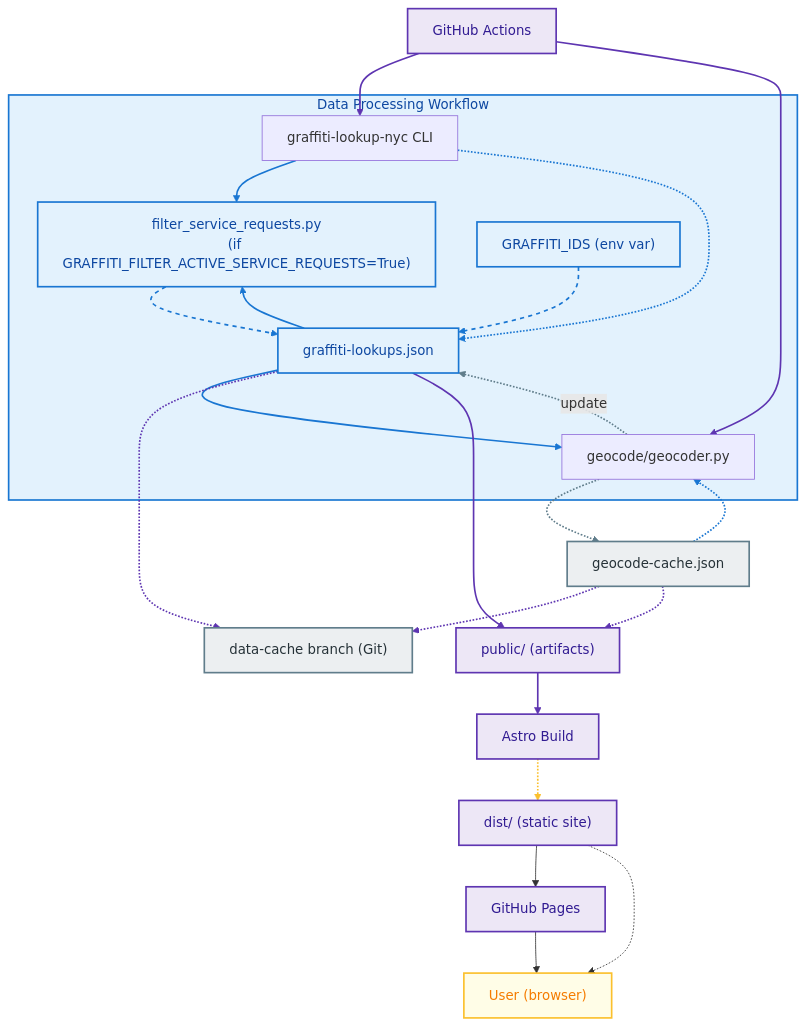
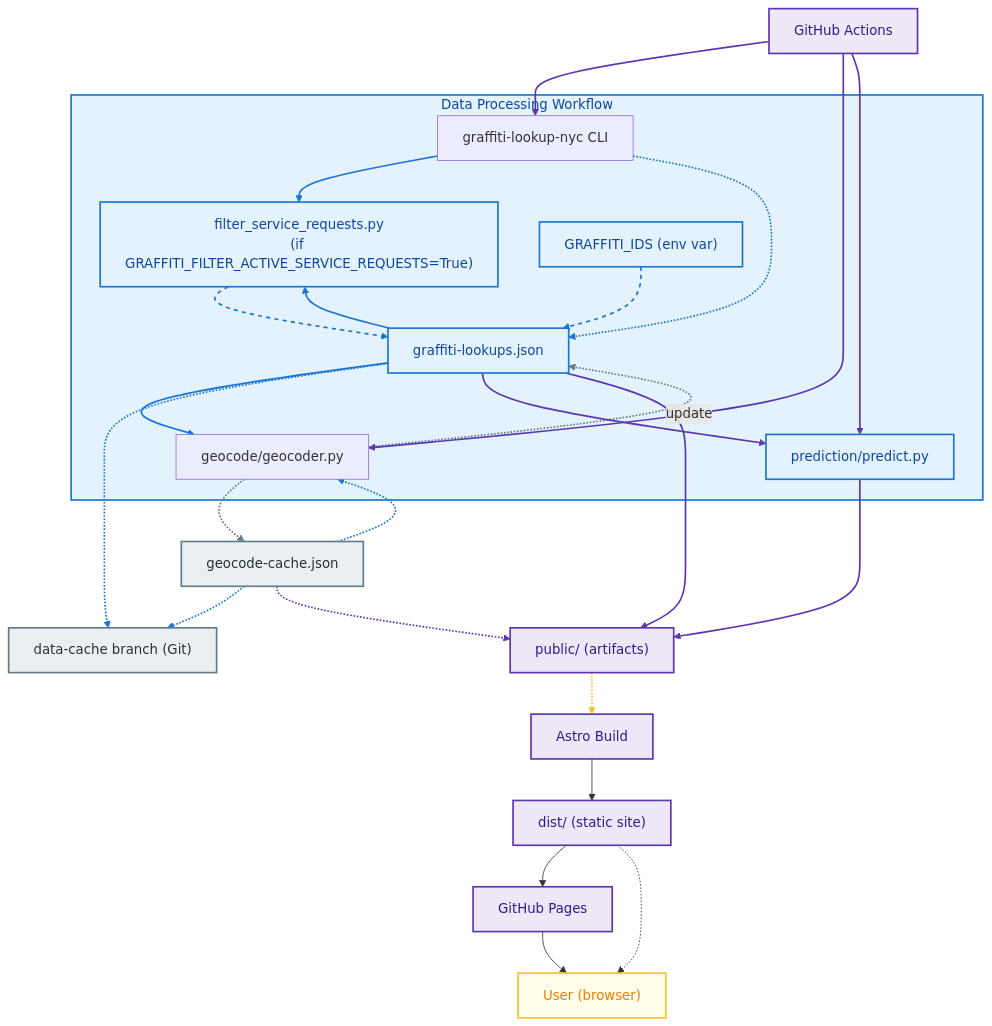
One commit to njamaleddine/graffiti-lookup-nyc-web changed the diagram in README.md. Above: the diagram before and after it, drawn with Mermaid.

Commit message:
docs: update mermaid architecture diagram

````diff
--- a/README.md
+++ b/README.md
@@ -240,6 +240,7 @@
       FILTER["filter_service_requests.py\n(if GRAFFITI_FILTER_ACTIVE_SERVICE_REQUESTS=True)"]
       IDS["GRAFFITI_IDS (env var)"]
       LOOKUPS["graffiti-lookups.json"]
+      PREDICT["prediction/predict.py"]
    end
    CACHE["geocode-cache.json"]
    DATA_CACHE["data-cache branch (Git)"]
@@ -262,6 +263,8 @@
    GEOCODE -- update --> LOOKUPS
    LOOKUPS -.-> DATA_CACHE
    CACHE -.-> DATA_CACHE
+   LOOKUPS --> PREDICT
+   PREDICT --> PUBLIC
 
    %% public/ (artifacts) is created after JSONs
    LOOKUPS --> PUBLIC
@@ -269,6 +272,7 @@
 
    GH_ACTIONS --> CLI
    GH_ACTIONS --> GEOCODE
+   GH_ACTIONS --> PREDICT
    PUBLIC --> ASTRO
    ASTRO --> DIST
    DIST --> GH_PAGES
@@ -281,6 +285,7 @@
    style FILTER fill:#e3f2fd,stroke:#1976d2,stroke-width:2px,color:#0d47a1
    style IDS fill:#e3f2fd,stroke:#1976d2,stroke-width:2px,color:#0d47a1
    style LOOKUPS fill:#e3f2fd,stroke:#1976d2,stroke-width:2px,color:#0d47a1
+   style PREDICT fill:#e3f2fd,stroke:#1976d2,stroke-width:2px,color:#0d47a1
 
    %% Caching (gray)
    style CACHE fill:#eceff1,stroke:#607d8b,stroke-width:2px,color:#263238
@@ -307,16 +312,18 @@
    linkStyle 6 stroke:#1976d2,stroke-width:2px,stroke-dasharray: 2 2
    linkStyle 7 stroke:#607d8b,stroke-width:2px,stroke-dasharray: 2 2
    linkStyle 8 stroke:#607d8b,stroke-width:2px,stroke-dasharray: 2 2
+   linkStyle 9 stroke:#1976d2,stroke-width:2px
+   linkStyle 10 stroke:#1976d2,stroke-width:2px
 
    %% Build/Deploy (purple)
-   linkStyle 9 stroke:#5e35b1,stroke-width:2px
-   linkStyle 10 stroke:#5e35b1,stroke-width:2px
    linkStyle 11 stroke:#5e35b1,stroke-width:2px
-   linkStyle 12 stroke:#5e35b1,stroke-width:2px,stroke-dasharray: 2 2
+   linkStyle 12 stroke:#5e35b1,stroke-width:2px
    linkStyle 13 stroke:#5e35b1,stroke-width:2px
-   linkStyle 14 stroke:#5e35b1,stroke-width:2px
+   linkStyle 14 stroke:#5e35b1,stroke-width:2px,stroke-dasharray: 2 2
    linkStyle 15 stroke:#5e35b1,stroke-width:2px
+   linkStyle 16 stroke:#5e35b1,stroke-width:2px
+   linkStyle 17 stroke:#5e35b1,stroke-width:2px
 
    %% Frontend (yellow)
-   linkStyle 16 stroke:#fbc02d,stroke-width:2px,stroke-dasharray: 2 2
+   linkStyle 18 stroke:#fbc02d,stroke-width:2px,stroke-dasharray: 2 2
 ```
````
